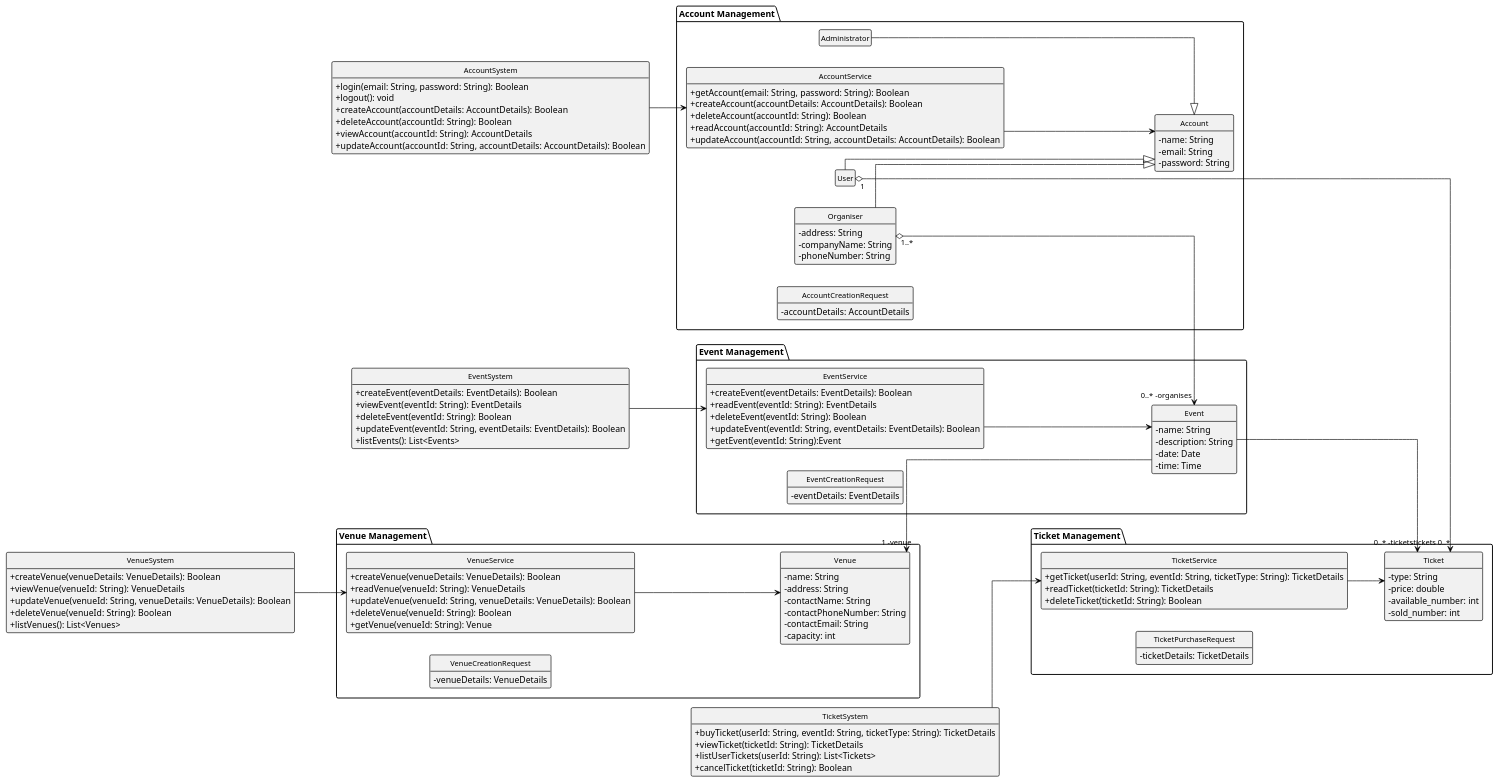
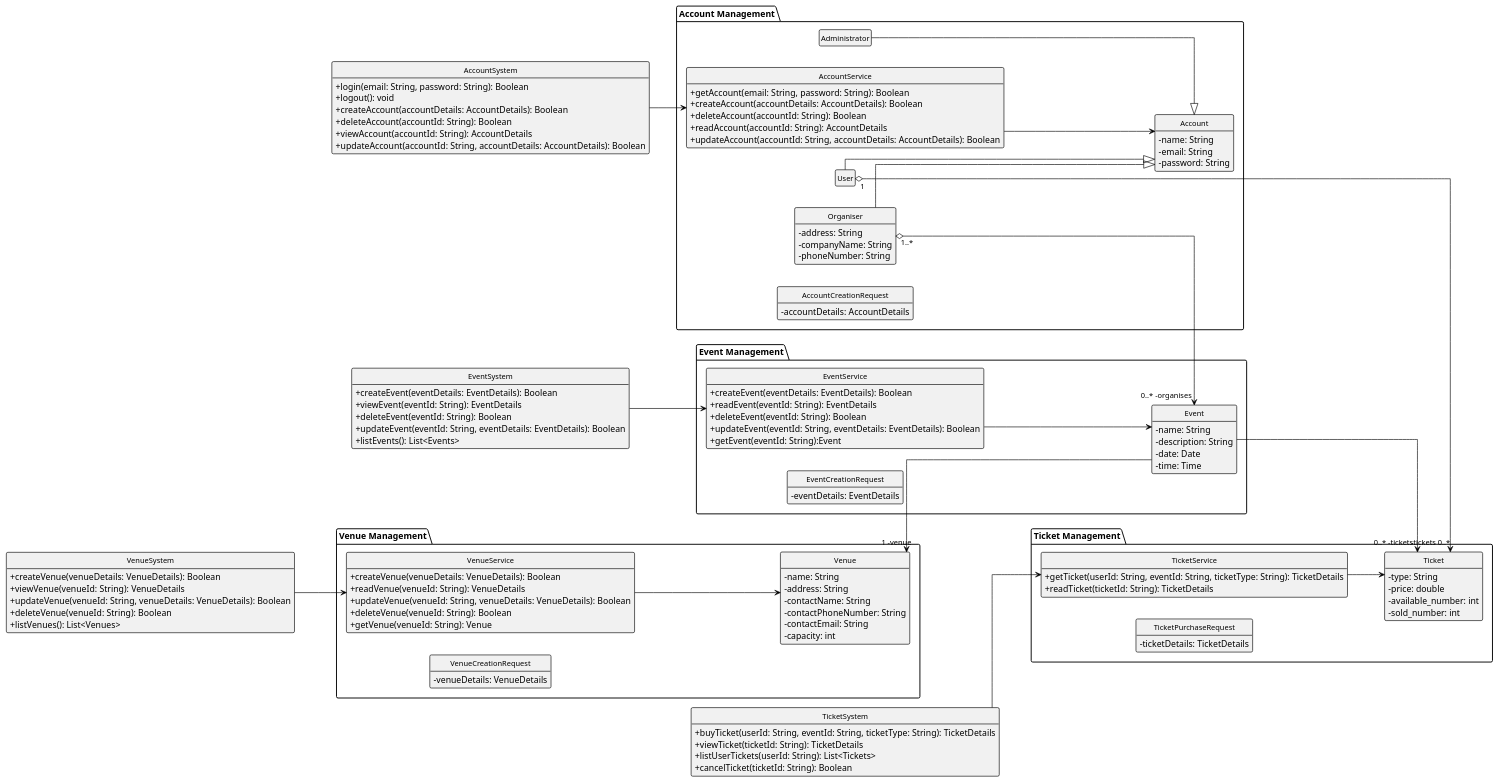
The diagram in 02-analysis/class-diagram/classDiagram.plantuml (MolimoWang/EventManagementSystem), drawn with PlantUML before and after one commit.

Commit message:
update class diagram again!

```diff
--- a/02-analysis/class-diagram/classDiagram.plantuml
+++ b/02-analysis/class-diagram/classDiagram.plantuml
@@ -1,177 +1,176 @@
 @startuml
 left to right direction
 skinparam monochrome true
 skinparam backgroundColor white
 skinparam shadowing false
 skinparam linetype ortho
 skinparam lineThickness 3   ' Thickness of line
 skinparam noteMargin 30     ' Margins for comments
 skinparam ranksep 100        ' Control vertical spacing
 skinparam nodesep 200        ' Control horizontal spacing
 skinparam classFontSize 12
 skinparam ArrowFontSize 12
 skinparam classBorderThickness 1
 skinparam classAttributeIconSize 0
 
 hide class circle
 hide empty members
 hide stereotypes
 
 skinparam class {
     BorderColor black
     ArrowColor black
     FontColor black
     FontName Arial
     FontSize 12
 }
 
 ' Account Management Group
 package "Account Management" {
     class Account {
         - name: String
         - email: String
         - password: String
     }
     class Administrator {
     }
     class Organiser {
         - address: String
         - companyName: String
         - phoneNumber: String
     }
     class User {
     }
 
     class AccountService {
         +getAccount(email: String, password: String): Boolean
         +createAccount(accountDetails: AccountDetails): Boolean
         +deleteAccount(accountId: String): Boolean
         +readAccount(accountId: String): AccountDetails
         +updateAccount(accountId: String, accountDetails: AccountDetails): Boolean
     }
 
     class AccountCreationRequest {
         - accountDetails: AccountDetails
     }
 
     Administrator --|> Account
     Organiser --|> Account
     User --|> Account
     AccountService --> Account
 }
 
 ' Venue Management Group
 package "Venue Management" {
     class Venue {
         - name: String
         - address: String
         - contactName: String
         - contactPhoneNumber: String
         - contactEmail: String
         - capacity: int
     }
 
     class VenueService {
         +createVenue(venueDetails: VenueDetails): Boolean
         +readVenue(venueId: String): VenueDetails
         +updateVenue(venueId: String, venueDetails: VenueDetails): Boolean
         +deleteVenue(venueId: String): Boolean
         +getVenue(venueId: String): Venue
     }
 
     class VenueCreationRequest {
         - venueDetails: VenueDetails
     }
 
     VenueService --> Venue
 }
 
 ' Event Management Group
 package "Event Management" {
     class Event {
         - name: String
         - description: String
         - date: Date
         - time: Time
     }
 
     class EventService {
         +createEvent(eventDetails: EventDetails): Boolean
         +readEvent(eventId: String): EventDetails
         +deleteEvent(eventId: String): Boolean
         +updateEvent(eventId: String, eventDetails: EventDetails): Boolean
         +getEvent(eventId: String):Event
     }
 
     class EventCreationRequest {
         - eventDetails: EventDetails
     }
 
     Venue "1 -venue" <-- Event
     EventService --> Event
 }
 
 ' Ticket Management Group
 package "Ticket Management" {
     class Ticket {
         - type: String
         - price: double
         - available_number: int
         - sold_number: int
     }
 
     class TicketService {
         +getTicket(userId: String, eventId: String, ticketType: String): TicketDetails
         +readTicket(ticketId: String): TicketDetails
-        +deleteTicket(ticketId: String): Boolean
     }
 
     class TicketPurchaseRequest {
         - ticketDetails: TicketDetails
     }
 
     Event --> "0..* -tickets" Ticket
     TicketService --> Ticket
 }
 
 ' System classes for each module
 class AccountSystem {
     +login(email: String, password: String): Boolean
     +logout(): void
     +createAccount(accountDetails: AccountDetails): Boolean
     +deleteAccount(accountId: String): Boolean
     +viewAccount(accountId: String): AccountDetails
     +updateAccount(accountId: String, accountDetails: AccountDetails): Boolean
 }
 AccountSystem --> AccountService
 
 class VenueSystem {
     +createVenue(venueDetails: VenueDetails): Boolean
     +viewVenue(venueId: String): VenueDetails
     +updateVenue(venueId: String, venueDetails: VenueDetails): Boolean
     +deleteVenue(venueId: String): Boolean
     +listVenues(): List<Venues>
 }
 VenueSystem --> VenueService
 
 class EventSystem {
     +createEvent(eventDetails: EventDetails): Boolean
     +viewEvent(eventId: String): EventDetails
     +deleteEvent(eventId: String): Boolean
     +updateEvent(eventId: String, eventDetails: EventDetails): Boolean
     +listEvents(): List<Events>
 }
 EventSystem --> EventService
 
 class TicketSystem {
     +buyTicket(userId: String, eventId: String, ticketType: String): TicketDetails
     +viewTicket(ticketId: String): TicketDetails
     +listUserTickets(userId: String): List<Tickets>
     +cancelTicket(ticketId: String): Boolean
 }
 TicketSystem --> TicketService
 
 Organiser "1..*" o--> "0..* -organises" Event
 User "1" o--> "-tickets 0..*" Ticket
 
 @enduml
```
